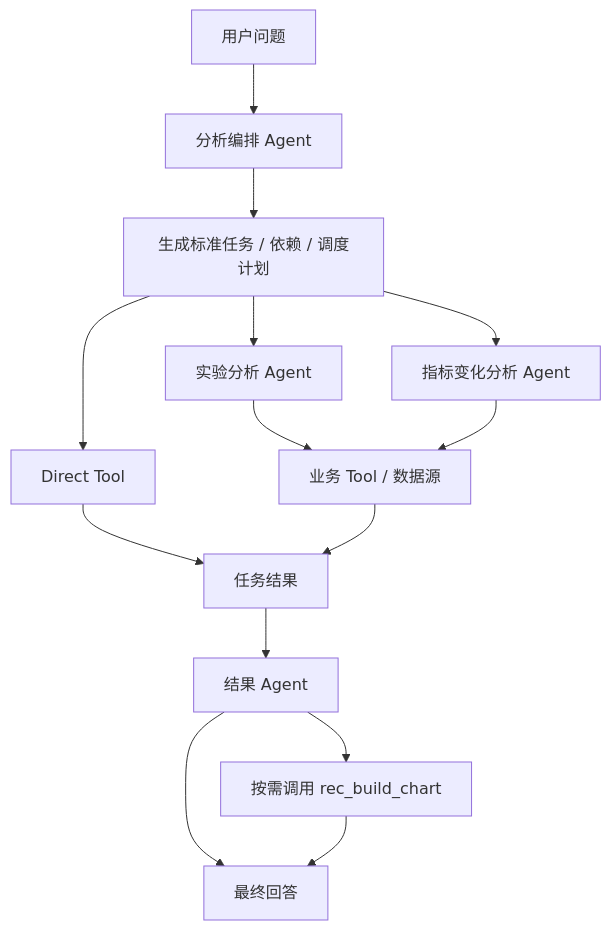
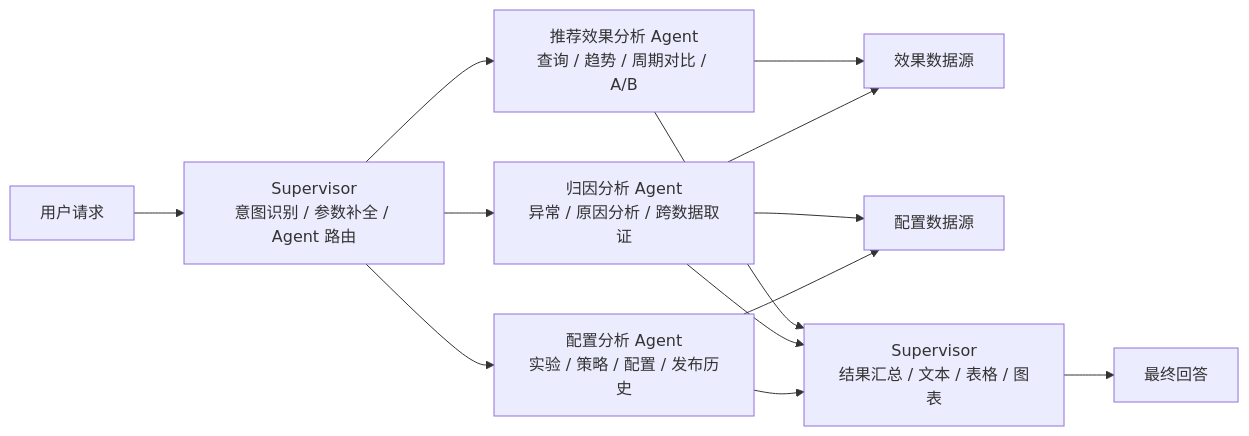
One commit to sgfd-ui/internship changed the first of 2 diagrams in weekly-report/agent-comparison.md. Above: the diagram before and after it, drawn with Mermaid. The commit also changed other lines of this file, not shown here.

Commit message:
docs: reorganize chapter 1 architecture comparison

````diff
--- a/weekly-report/agent-comparison.md
+++ b/weekly-report/agent-comparison.md
@@ -20,19 +22,18 @@
 ```mermaid
-flowchart TD
-    U[用户问题] --> O[分析编排 Agent]
-    O --> P[生成标准任务 / 依赖 / 调度计划]
+flowchart LR
+    U[用户请求] --> S[Supervisor<br/>意图识别 / 参数补全 / Agent 路由]
 
-    P --> D[Direct Tool]
-    P --> E[实验分析 Agent]
-    P --> M[指标变化分析 Agent]
+    S --> E[推荐效果分析 Agent<br/>查询 / 趋势 / 周期对比 / A/B]
+    S --> R[归因分析 Agent<br/>异常 / 原因分析 / 跨数据取证]
+    S --> C[配置分析 Agent<br/>实验 / 策略 / 配置 / 发布历史]
 
-    E --> T[业务 Tool / 数据源]
-    M --> T
-    D --> R[任务结果]
-    T --> R
+    E --> D[效果数据源]
+    R --> D
+    R --> P[配置数据源]
+    C --> P
 
-    R --> A[结果 Agent]
-    A --> C[按需调用 rec_build_chart]
-    A --> F[最终回答]
-    C --> F
+    E --> O[Supervisor<br/>结果汇总 / 文本 / 表格 / 图表]
+    R --> O
+    C --> O
+    O --> F[最终回答]
 ```
````
